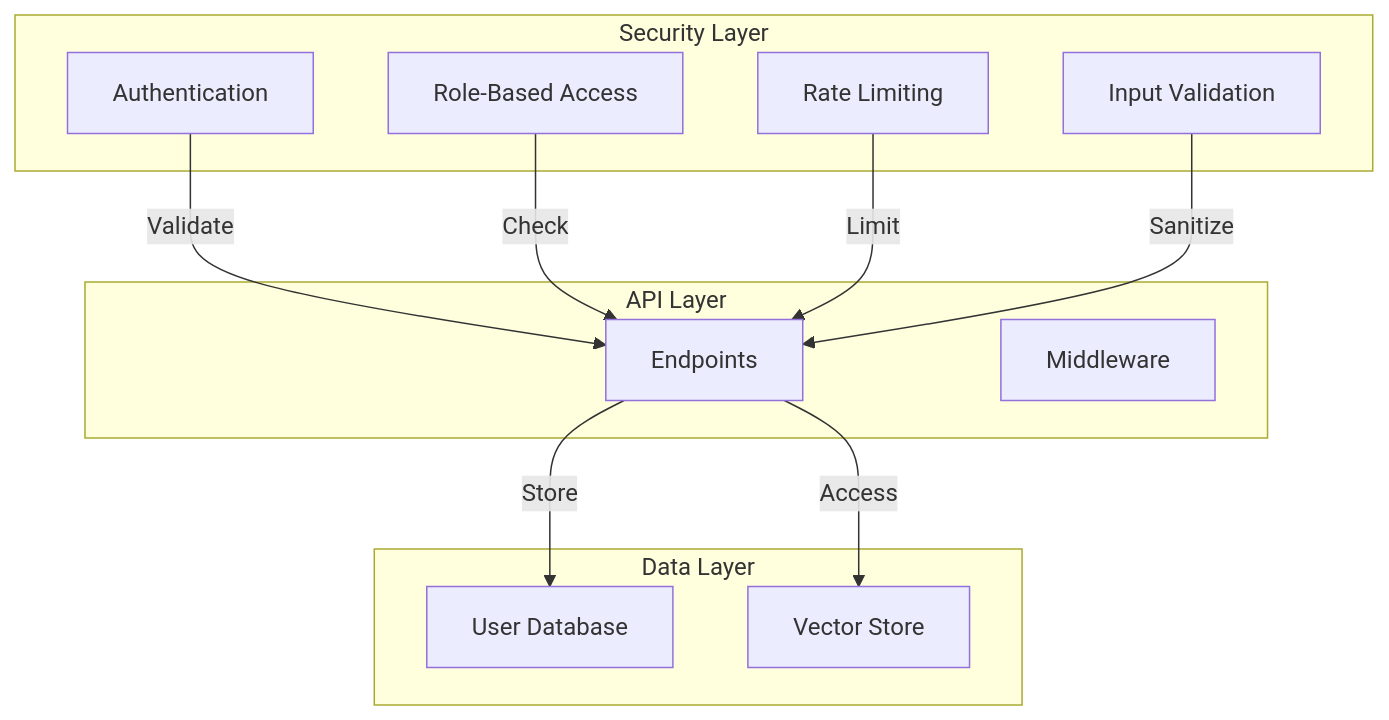
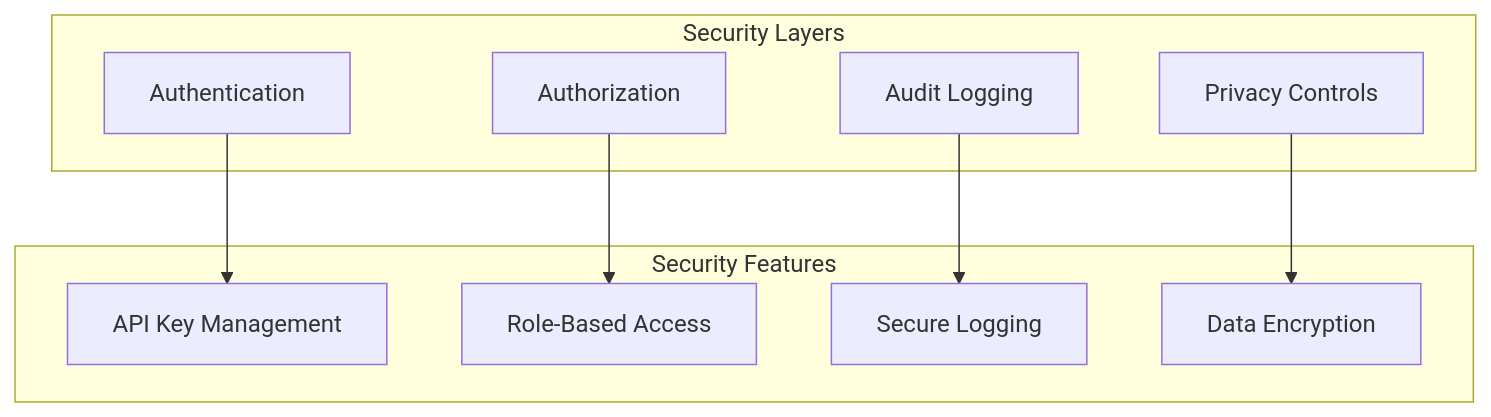
Before and after one commit to multimindlab/multimind-sdk: the tenth of 10 diagrams in docs/architecture.md, drawn with Mermaid. The commit also changed other lines of this file and 35 other files, not shown here.

````diff
--- a/docs/architecture.md
+++ b/docs/architecture.md
@@ -223,26 +340,21 @@
 ```mermaid
 graph TB
-    subgraph Security Layer
-        AUTH[Authentication]
+    subgraph "Security Layers"
+        Auth[Authentication]
+        Authz[Authorization]
+        Audit[Audit Logging]
+        Privacy[Privacy Controls]
+    end
+    
+    subgraph "Security Features"
+        API[API Key Management]
         RBAC[Role-Based Access]
-        RATE[Rate Limiting]
-        VAL[Input Validation]
+        Logging[Secure Logging]
+        Encryption[Data Encryption]
     end
-
-    subgraph API Layer
-        EP[Endpoints]
-        MID[Middleware]
-    end
-
-    subgraph Data Layer
-        DB[User Database]
-        VS[Vector Store]
-    end
-
-    AUTH -->|Validate| EP
-    RBAC -->|Check| EP
-    RATE -->|Limit| EP
-    VAL -->|Sanitize| EP
-    EP -->|Store| DB
-    EP -->|Access| VS
+    
+    Auth --> API
+    Authz --> RBAC
+    Audit --> Logging
+    Privacy --> Encryption
 ```
````
